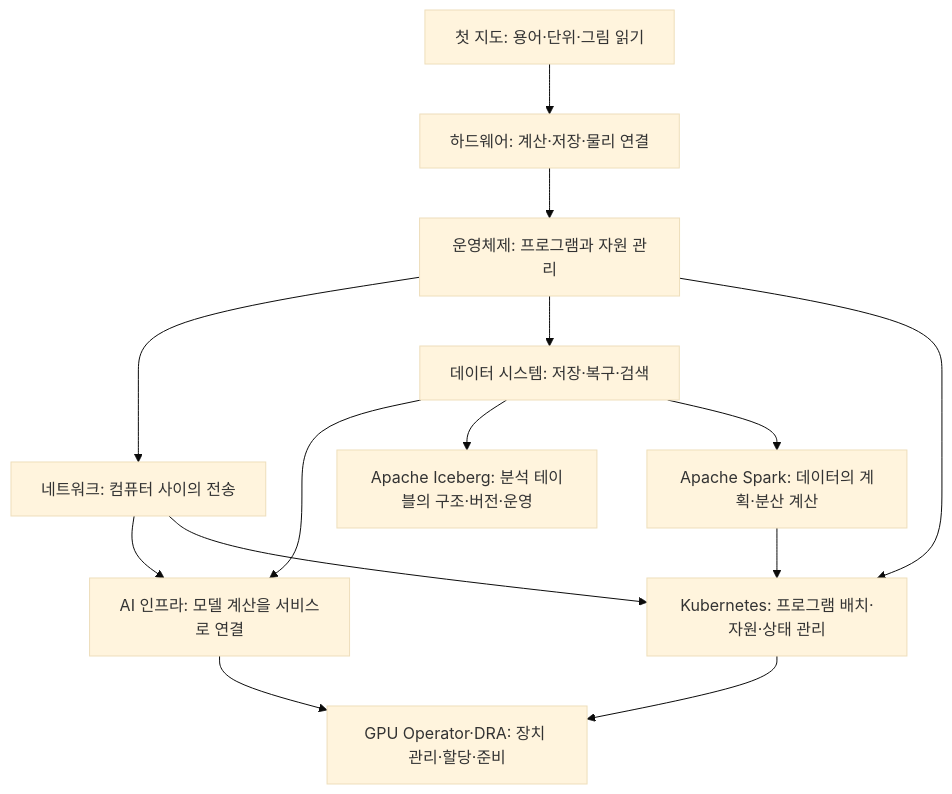
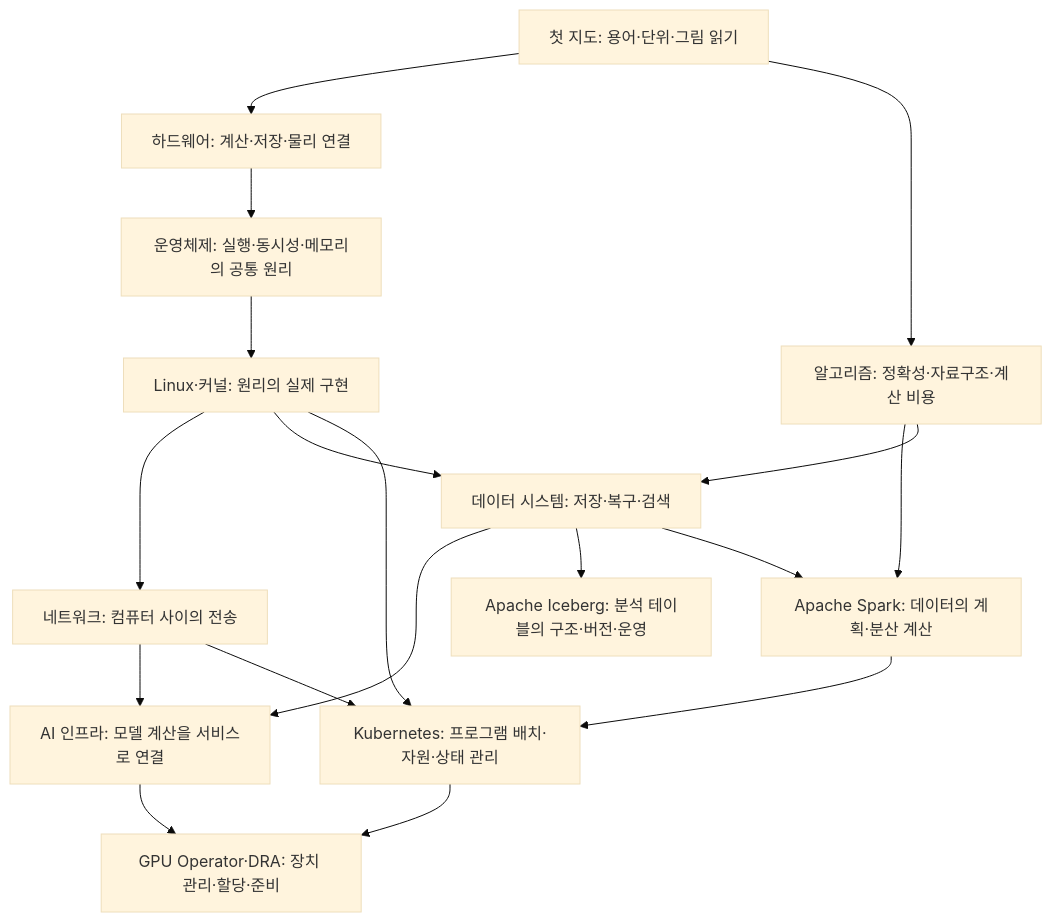
The diagram in learning/README.md (mj006648/netai-devsecops-runbook), drawn with Mermaid (base theme) before and after one commit. The commit also changed other lines of this file and 116 other files, not shown here.

````diff
--- a/learning/README.md
+++ b/learning/README.md
@@ -29,16 +31,20 @@
 ```mermaid
 flowchart TD
     Start["첫 지도: 용어·단위·그림 읽기"] --> Hardware["하드웨어: 계산·저장·물리 연결"]
-    Hardware --> OS["운영체제: 프로그램과 자원 관리"]
+    Hardware --> Theory["운영체제: 실행·동시성·메모리의 공통 원리"]
+    Theory --> OS["Linux·커널: 원리의 실제 구현"]
+    Start --> Algo["알고리즘: 정확성·자료구조·계산 비용"]
     OS --> Network["네트워크: 컴퓨터 사이의 전송"]
     OS --> Data["데이터 시스템: 저장·복구·검색"]
     Network --> AI["AI 인프라: 모델 계산을 서비스로 연결"]
     Data --> AI
     Data --> Iceberg["Apache Iceberg: 분석 테이블의 구조·버전·운영"]
     Data --> Spark["Apache Spark: 데이터의 계획·분산 계산"]
+    Algo --> Spark
+    Algo --> Data
     OS --> K8s["Kubernetes: 프로그램 배치·자원·상태 관리"]
     Network --> K8s
     Spark --> K8s
     AI --> GPU["GPU Operator·DRA: 장치 관리·할당·준비"]
     K8s --> GPU
 ```
````
